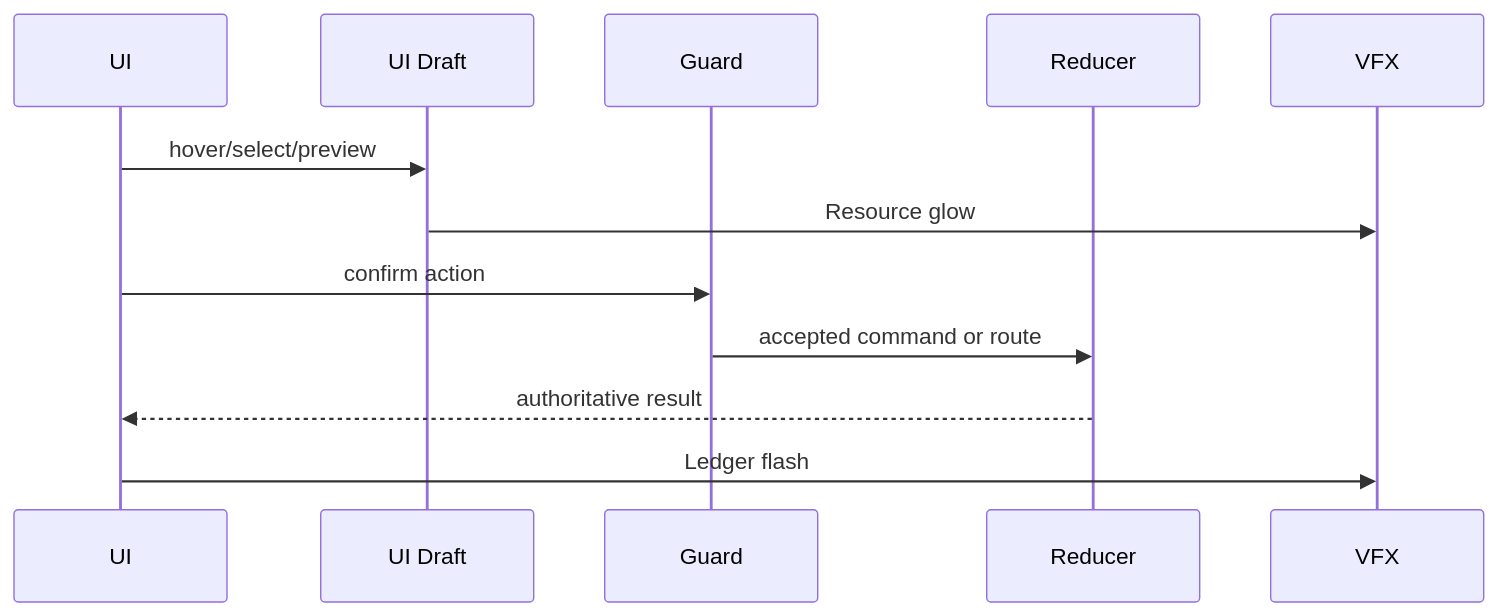
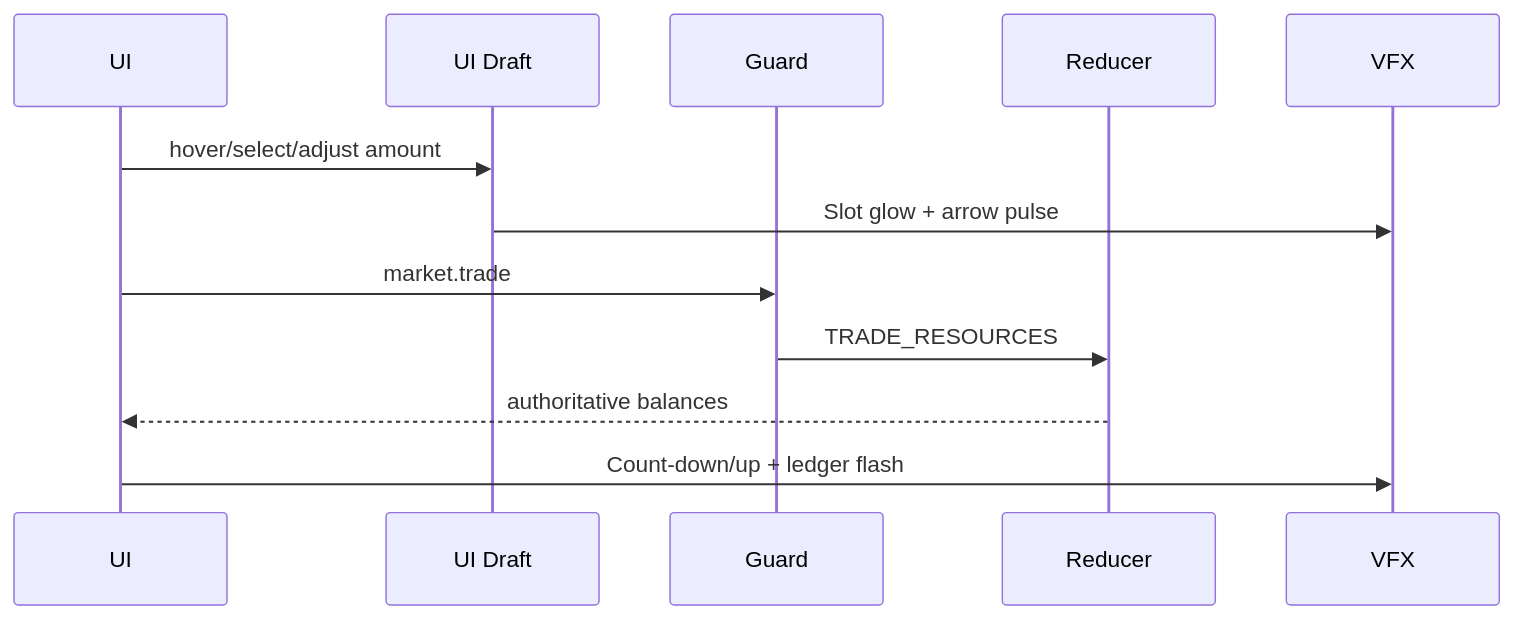
One commit to SunaNoOshiro/Heroes_Reforged_AI_Realms changed the fourth of 5 diagrams in docs/architecture/wiki/screens/26-marketplace/architecture.md. Above: the diagram before and after it, drawn with Mermaid. The commit also changed other lines of this file and 518 other files, not shown here.

First line of the commit message:
Add doc-audit skill and sweep architecture/screen docs

````diff
--- a/docs/architecture/wiki/screens/26-marketplace/architecture.md
+++ b/docs/architecture/wiki/screens/26-marketplace/architecture.md
@@ -54,14 +57,14 @@
 ```mermaid
 sequenceDiagram
   participant UI
   participant Draft as UI Draft
   participant Guard
   participant Reducer
   participant VFX
-  UI->>Draft: hover/select/preview
-  Draft->>VFX: Resource glow
-  UI->>Guard: confirm action
-  Guard->>Reducer: accepted command or route
-  Reducer-->>UI: authoritative result
-  UI->>VFX: Ledger flash
+  UI->>Draft: hover/select/adjust amount
+  Draft->>VFX: Slot glow + arrow pulse
+  UI->>Guard: market.trade
+  Guard->>Reducer: TRADE_RESOURCES
+  Reducer-->>UI: authoritative balances
+  UI->>VFX: Count-down/up + ledger flash
 ```
````
